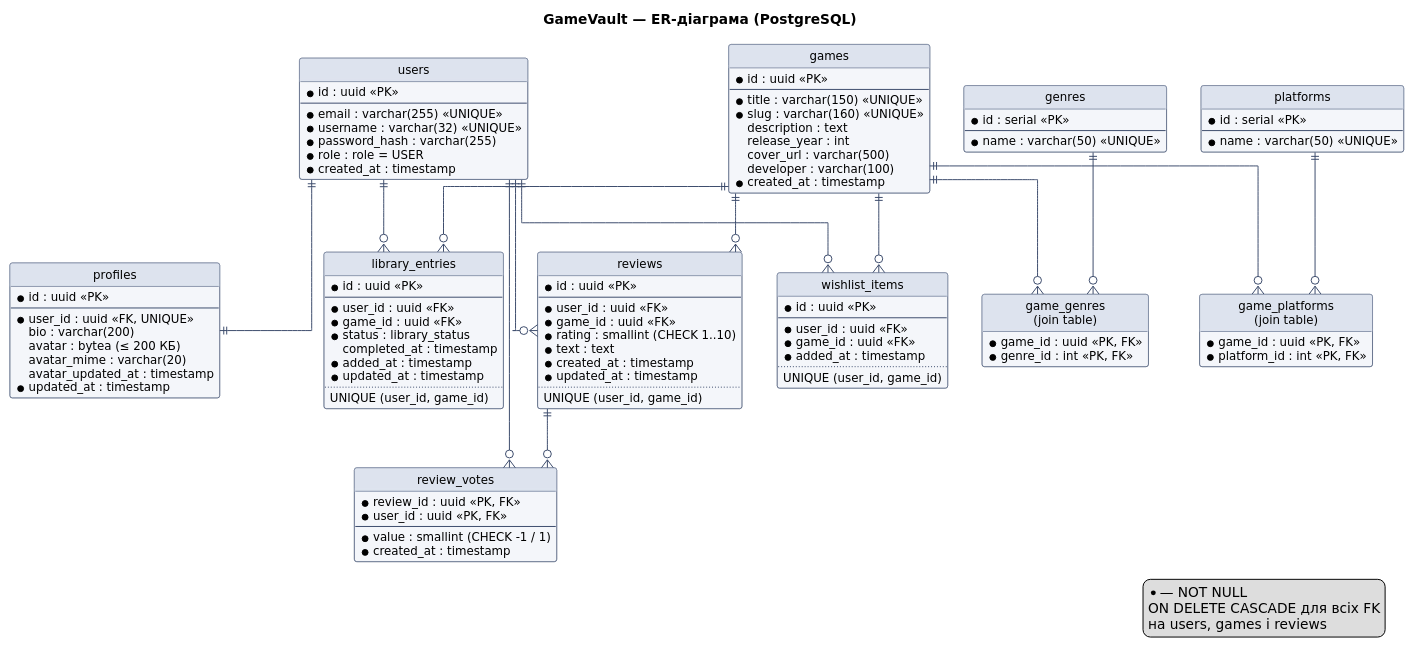
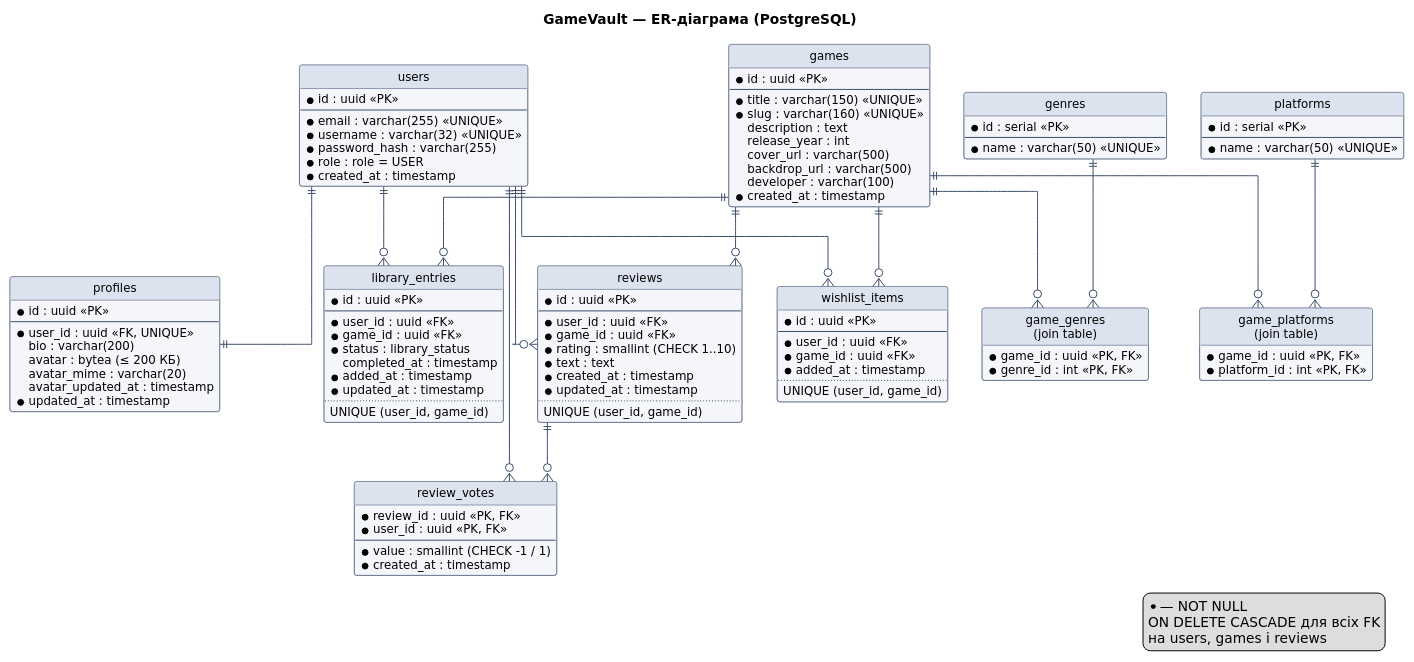
Before and after one commit to PavloPopovV/GameVault: the diagram in docs/diagrams/er-diagram.puml, drawn with PlantUML. The commit also changed 15 other files, not shown here.

```diff
--- a/docs/diagrams/er-diagram.puml
+++ b/docs/diagrams/er-diagram.puml
@@ -1,124 +1,125 @@
 @startuml
 skinparam defaultFontName "DejaVu Sans"
 skinparam defaultFontSize 12
 skinparam shadowing false
 skinparam linetype ortho
 skinparam class {
   BackgroundColor #F4F6FA
   BorderColor #3B4A6B
   ArrowColor #3B4A6B
   HeaderBackgroundColor #DDE3EE
 }
 hide circle
 hide methods
 title GameVault — ER-діаграма (PostgreSQL)
 
 entity "users" as users {
   * id : uuid <<PK>>
   --
   * email : varchar(255) <<UNIQUE>>
   * username : varchar(32) <<UNIQUE>>
   * password_hash : varchar(255)
   * role : role = USER
   * created_at : timestamp
 }
 entity "profiles" as profiles {
   * id : uuid <<PK>>
   --
   * user_id : uuid <<FK, UNIQUE>>
   bio : varchar(200)
   avatar : bytea (≤ 200 КБ)
   avatar_mime : varchar(20)
   avatar_updated_at : timestamp
   * updated_at : timestamp
 }
 entity "games" as games {
   * id : uuid <<PK>>
   --
   * title : varchar(150) <<UNIQUE>>
   * slug : varchar(160) <<UNIQUE>>
   description : text
   release_year : int
   cover_url : varchar(500)
+  backdrop_url : varchar(500)
   developer : varchar(100)
   * created_at : timestamp
 }
 entity "genres" as genres {
   * id : serial <<PK>>
   --
   * name : varchar(50) <<UNIQUE>>
 }
 entity "platforms" as platforms {
   * id : serial <<PK>>
   --
   * name : varchar(50) <<UNIQUE>>
 }
 entity "game_genres\n(join table)" as gg {
   * game_id : uuid <<PK, FK>>
   * genre_id : int <<PK, FK>>
 }
 entity "game_platforms\n(join table)" as gp {
   * game_id : uuid <<PK, FK>>
   * platform_id : int <<PK, FK>>
 }
 entity "library_entries" as le {
   * id : uuid <<PK>>
   --
   * user_id : uuid <<FK>>
   * game_id : uuid <<FK>>
   * status : library_status
   completed_at : timestamp
   * added_at : timestamp
   * updated_at : timestamp
   ..
   UNIQUE (user_id, game_id)
 }
 entity "wishlist_items" as wi {
   * id : uuid <<PK>>
   --
   * user_id : uuid <<FK>>
   * game_id : uuid <<FK>>
   * added_at : timestamp
   ..
   UNIQUE (user_id, game_id)
 }
 entity "reviews" as rv {
   * id : uuid <<PK>>
   --
   * user_id : uuid <<FK>>
   * game_id : uuid <<FK>>
   * rating : smallint (CHECK 1..10)
   * text : text
   * created_at : timestamp
   * updated_at : timestamp
   ..
   UNIQUE (user_id, game_id)
 }
 entity "review_votes" as vt {
   * review_id : uuid <<PK, FK>>
   * user_id : uuid <<PK, FK>>
   --
   * value : smallint (CHECK -1 / 1)
   * created_at : timestamp
 }
 
 users ||--|| profiles
 users ||--o{ le
 users ||--o{ wi
 users ||--o{ rv
 games ||--o{ le
 games ||--o{ wi
 games ||--o{ rv
 games ||--o{ gg
 genres ||--o{ gg
 games ||--o{ gp
 platforms ||--o{ gp
 rv ||--o{ vt
 users ||--o{ vt
 
 legend right
   * — NOT NULL
   ON DELETE CASCADE для всіх FK
   на users, games і reviews
 endlegend
 @enduml
```
